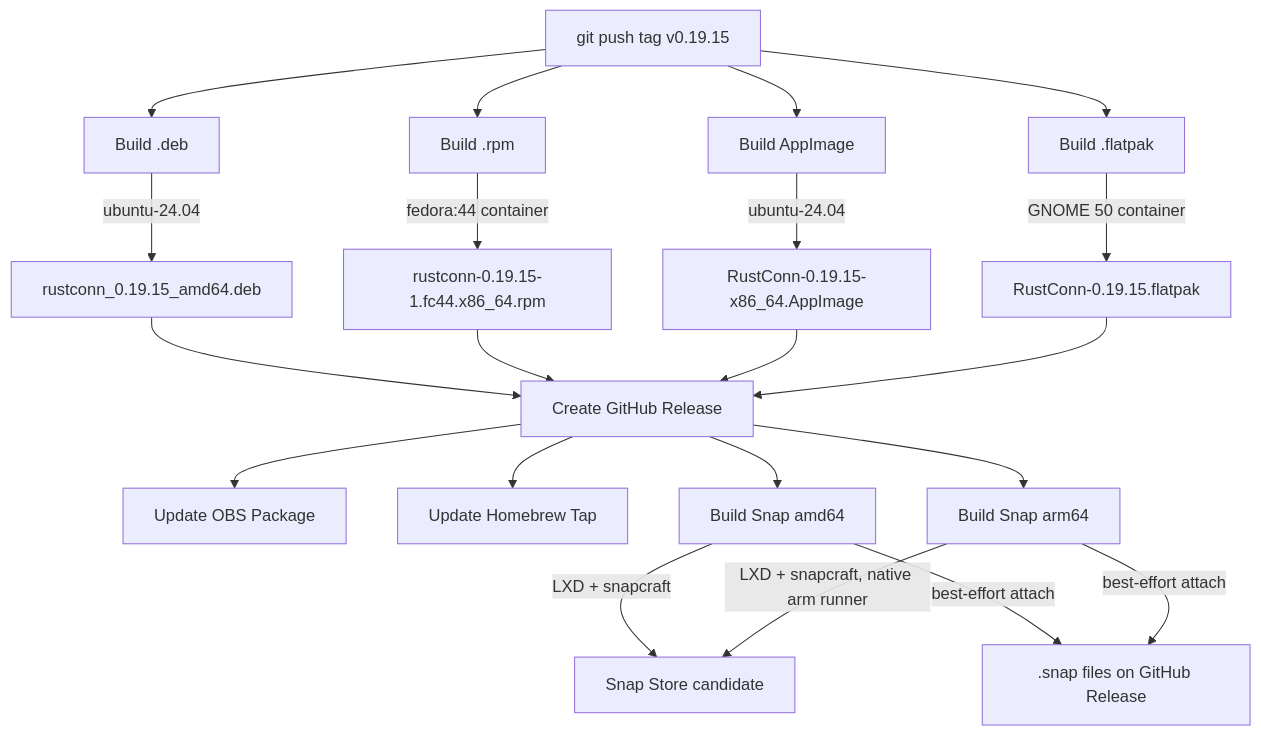
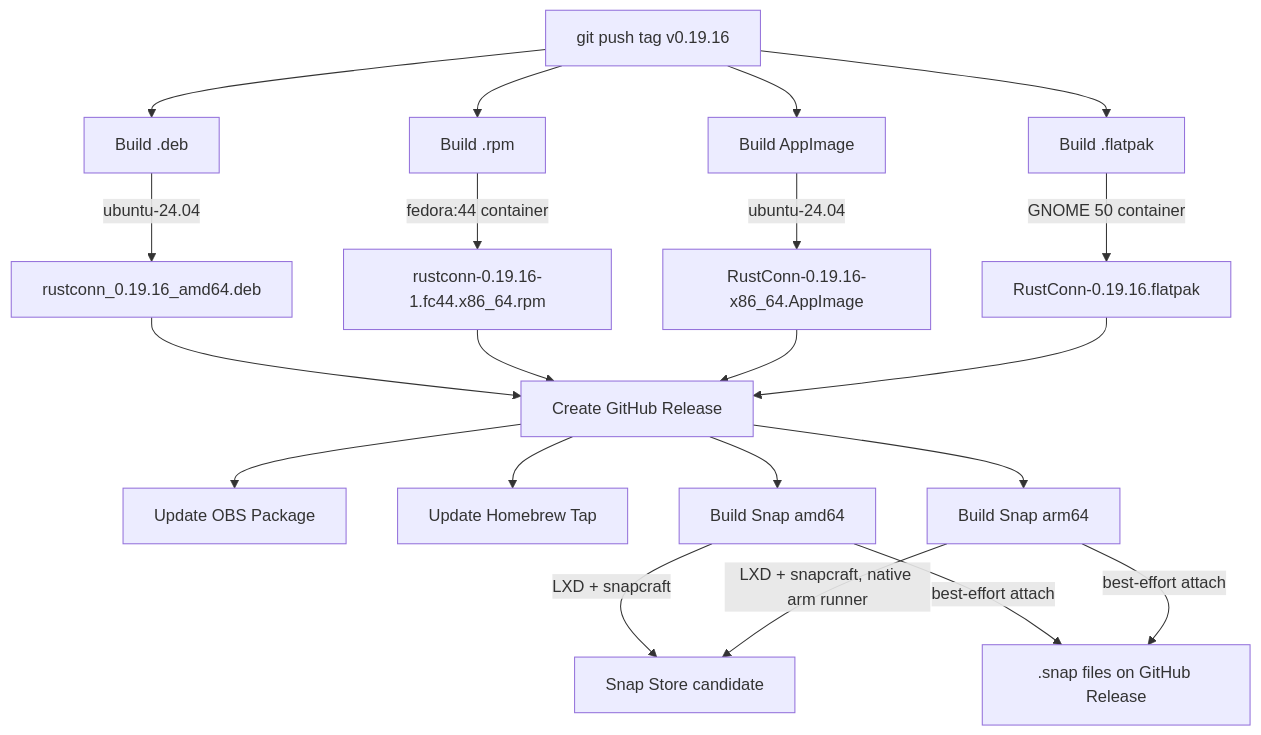
Before and after one commit to philclifford/RustConn: the third of 6 diagrams in docs/CI_BUILD_FLOW.md, drawn with Mermaid. The commit also changed other lines of this file and 27 other files, not shown here.

````diff
--- a/docs/CI_BUILD_FLOW.md
+++ b/docs/CI_BUILD_FLOW.md
@@ -67,26 +67,26 @@
 ```mermaid
 graph TD
-    Tag[git push tag v0.19.15] --> BuildDeb[Build .deb]
+    Tag[git push tag v0.19.16] --> BuildDeb[Build .deb]
     Tag --> BuildRPM[Build .rpm]
     Tag --> BuildAppImage[Build AppImage]
     Tag --> BuildFlatpak[Build .flatpak]
 
-    BuildDeb --> |ubuntu-24.04| DebArtifact[rustconn_0.19.15_amd64.deb]
-    BuildRPM --> |fedora:44 container| RPMArtifact[rustconn-0.19.15-1.fc44.x86_64.rpm]
-    BuildAppImage --> |ubuntu-24.04| AppImageArtifact[RustConn-0.19.15-x86_64.AppImage]
-    BuildFlatpak --> |GNOME 50 container| FlatpakArtifact[RustConn-0.19.15.flatpak]
+    BuildDeb --> |ubuntu-24.04| DebArtifact[rustconn_0.19.16_amd64.deb]
+    BuildRPM --> |fedora:44 container| RPMArtifact[rustconn-0.19.16-1.fc44.x86_64.rpm]
+    BuildAppImage --> |ubuntu-24.04| AppImageArtifact[RustConn-0.19.16-x86_64.AppImage]
+    BuildFlatpak --> |GNOME 50 container| FlatpakArtifact[RustConn-0.19.16.flatpak]
 
     DebArtifact --> Release[Create GitHub Release]
     RPMArtifact --> Release
     AppImageArtifact --> Release
     FlatpakArtifact --> Release
 
     Release --> UpdateOBS[Update OBS Package]
     Release --> Brew[Update Homebrew Tap]
     Release --> SnapAmd64[Build Snap amd64]
     Release --> SnapArm64[Build Snap arm64]
     SnapAmd64 --> |LXD + snapcraft| SnapStore[Snap Store candidate]
     SnapArm64 --> |LXD + snapcraft, native arm runner| SnapStore
     SnapAmd64 --> |best-effort attach| SnapAsset[.snap files on GitHub Release]
     SnapArm64 --> |best-effort attach| SnapAsset
 ```
````
